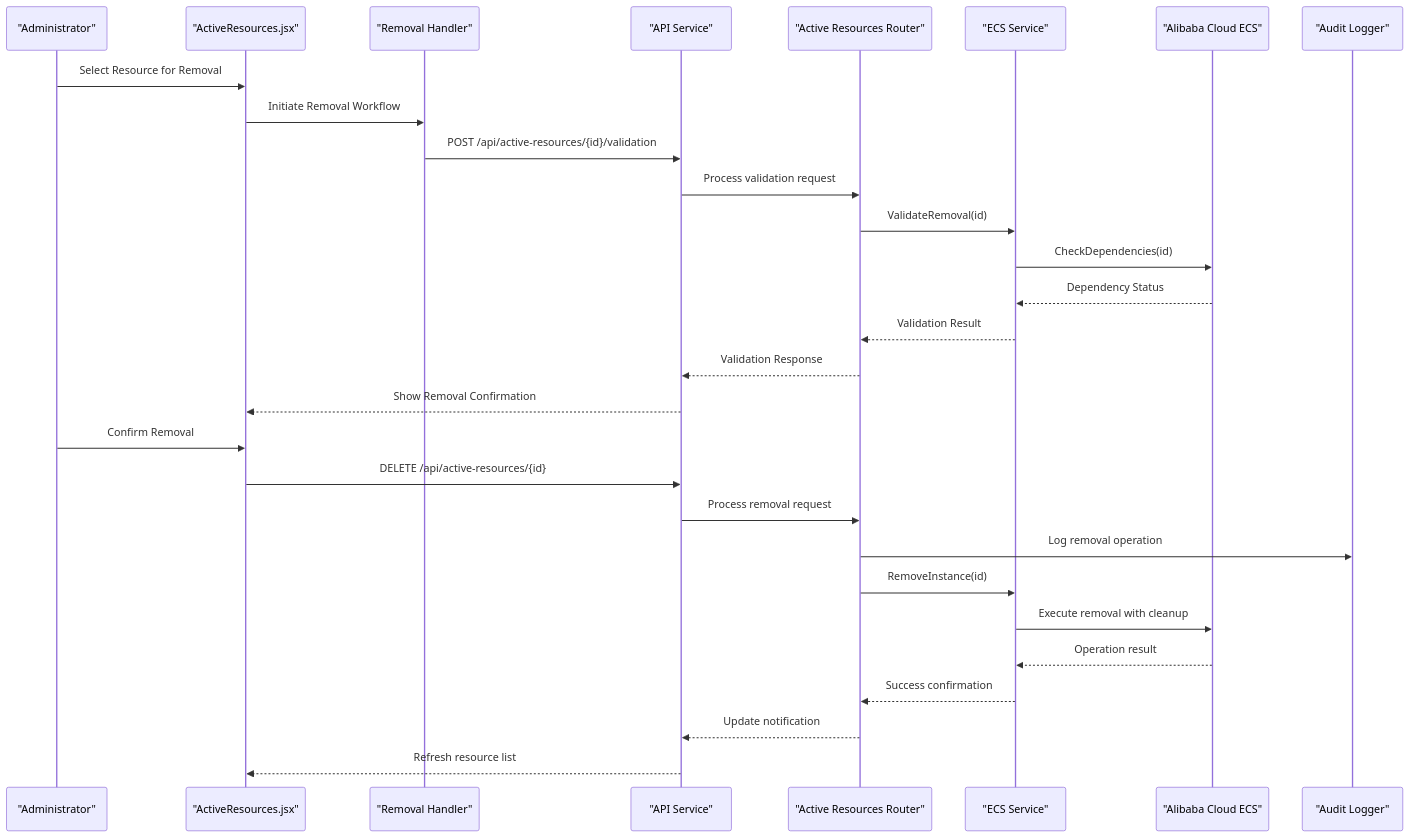
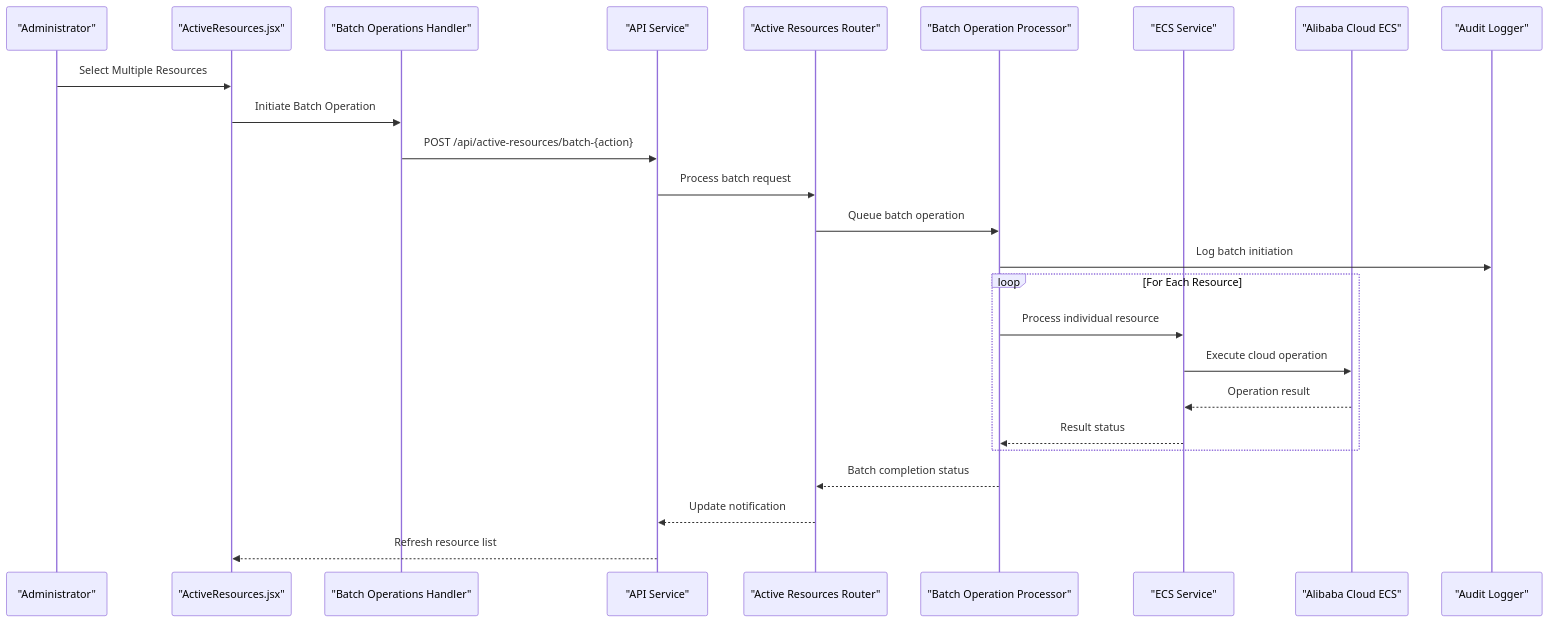
One commit to 14Lucifer/hackathon_ecs_creator changed the second of 6 diagrams in .qoder/repowiki/en/content/Frontend Development/Page Components & Routing/Active Resource Monitoring.md. Above: the diagram before and after it, drawn with Mermaid. The commit also changed other lines of this file and 96 other files, not shown here.

````diff
--- a/.qoder/repowiki/en/content/Frontend Development/Page Components & Routing/Active Resource Monitoring.md
+++ b/.qoder/repowiki/en/content/Frontend Development/Page Components & Routing/Active Resource Monitoring.md
@@ -160,31 +166,27 @@
 ```mermaid
 sequenceDiagram
 participant User as "Administrator"
 participant UI as "ActiveResources.jsx"
-participant Removal as "Removal Handler"
+participant BatchOps as "Batch Operations Handler"
 participant API as "API Service"
 participant Router as "Active Resources Router"
+participant BatchProc as "Batch Operation Processor"
 participant ECS as "ECS Service"
 participant Cloud as "Alibaba Cloud ECS"
 participant Audit as "Audit Logger"
-User->>UI : Select Resource for Removal
-UI->>Removal : Initiate Removal Workflow
-Removal->>API : POST /api/active-resources/{id}/validation
-API->>Router : Process validation request
-Router->>ECS : ValidateRemoval(id)
-ECS->>Cloud : CheckDependencies(id)
-Cloud-->>ECS : Dependency Status
-ECS-->>Router : Validation Result
-Router-->>API : Validation Response
-API-->>UI : Show Removal Confirmation
-User->>UI : Confirm Removal
-UI->>API : DELETE /api/active-resources/{id}
-API->>Router : Process removal request
-Router->>Audit : Log removal operation
-Router->>ECS : RemoveInstance(id)
-ECS->>Cloud : Execute removal with cleanup
+User->>UI : Select Multiple Resources
+UI->>BatchOps : Initiate Batch Operation
+BatchOps->>API : POST /api/active-resources/batch-{action}
+API->>Router : Process batch request
+Router->>BatchProc : Queue batch operation
+BatchProc->>Audit : Log batch initiation
+loop For Each Resource
+BatchProc->>ECS : Process individual resource
+ECS->>Cloud : Execute cloud operation
 Cloud-->>ECS : Operation result
-ECS-->>Router : Success confirmation
+ECS-->>BatchProc : Result status
+end
+BatchProc-->>Router : Batch completion status
 Router-->>API : Update notification
 API-->>UI : Refresh resource list
 ```
````
